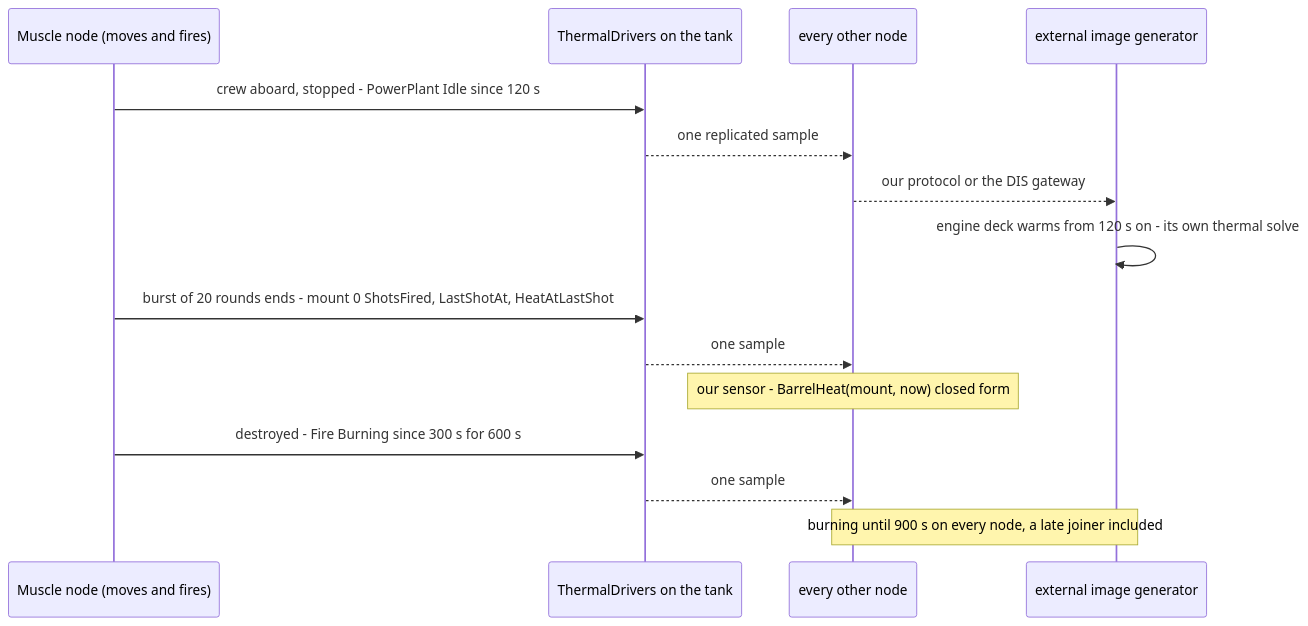
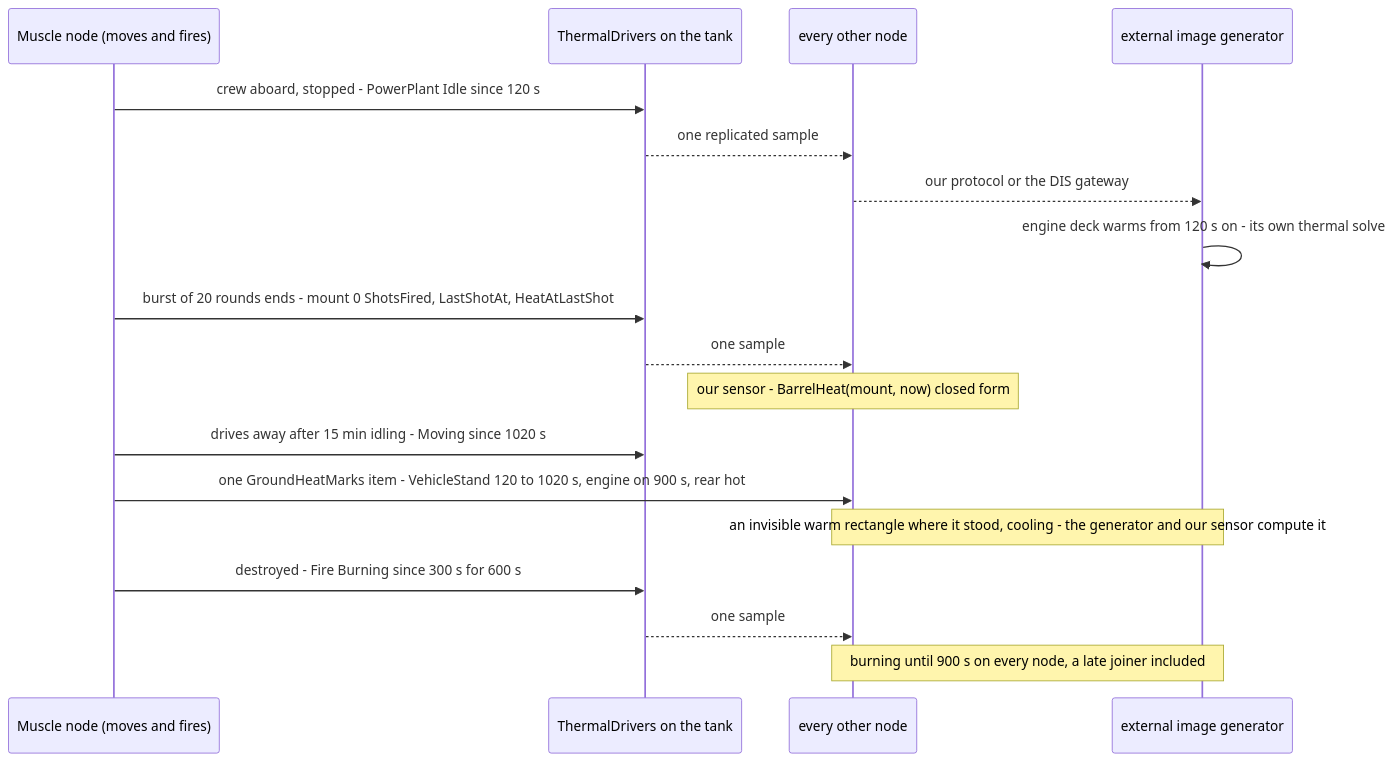
The second of 3 diagrams in docs/designs/thermal/DESIGN_Thermal_Drivers.md (pjanec/HROT), drawn with Mermaid before and after one commit. The commit also changed other lines of this file and 1 other file, not shown here.

First line of the commit message:
thermal drivers: TD-14 ground heat marks (the warm spot a vehicle leaves, invisible terrain records like craters); TD-15 the late joiner's sun (ruled)

````diff
--- a/docs/designs/thermal/DESIGN_Thermal_Drivers.md
+++ b/docs/designs/thermal/DESIGN_Thermal_Drivers.md
@@ -148,17 +181,20 @@
 ```mermaid
 sequenceDiagram
   participant M as Muscle node (moves and fires)
   participant D as ThermalDrivers on the tank
   participant N as every other node
   participant G as external image generator
   M->>D: crew aboard, stopped - PowerPlant Idle since 120 s
   D-->>N: one replicated sample
   N-->>G: our protocol or the DIS gateway
   G->>G: engine deck warms from 120 s on - its own thermal solve
   M->>D: burst of 20 rounds ends - mount 0 ShotsFired, LastShotAt, HeatAtLastShot
   D-->>N: one sample
   Note over N: our sensor - BarrelHeat(mount, now) closed form
+  M->>D: drives away after 15 min idling - Moving since 1020 s
+  M->>N: one GroundHeatMarks item - VehicleStand 120 to 1020 s, engine on 900 s, rear hot
+  Note over N,G: an invisible warm rectangle where it stood, cooling - the generator and our sensor compute it
   M->>D: destroyed - Fire Burning since 300 s for 600 s
   D-->>N: one sample
   Note over N,G: burning until 900 s on every node, a late joiner included
 ```
````
